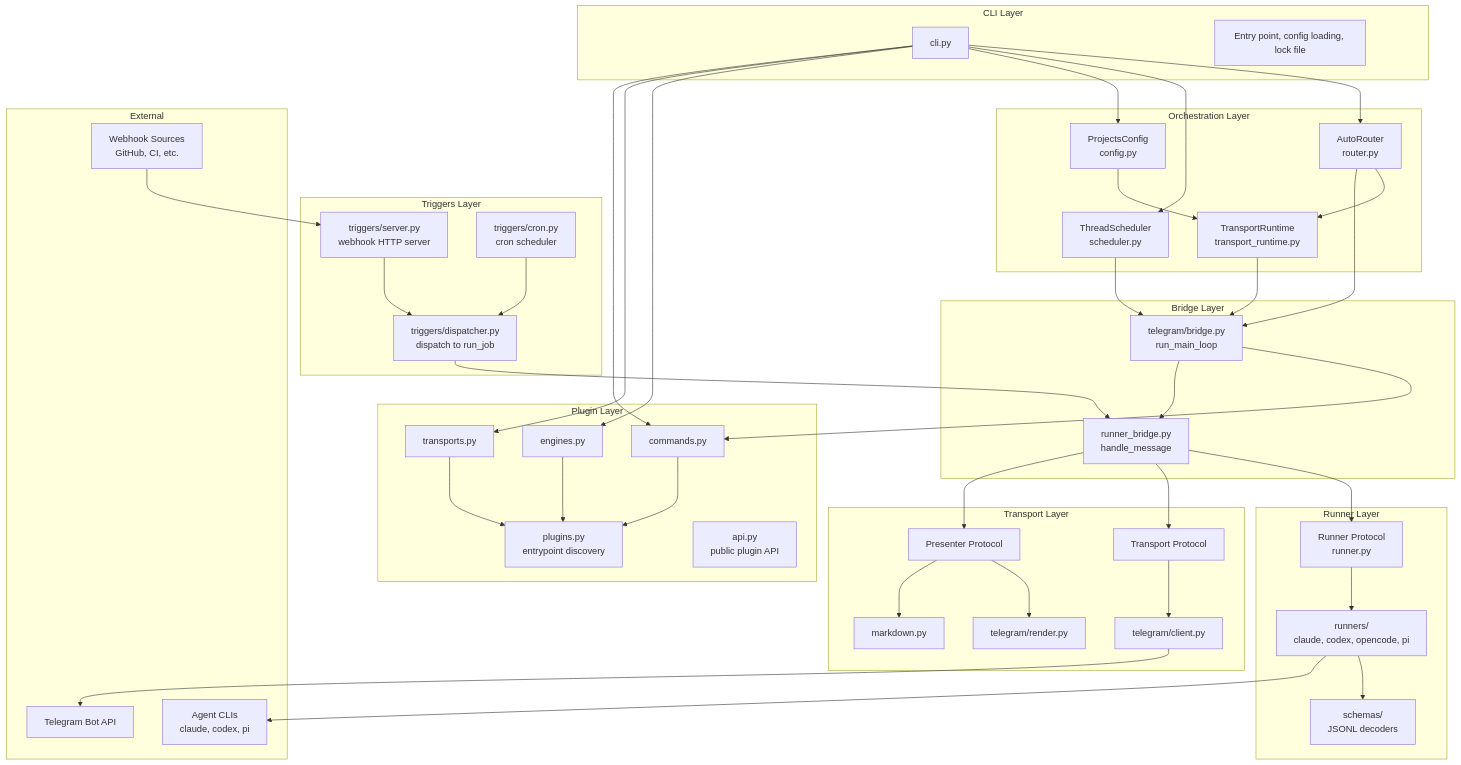
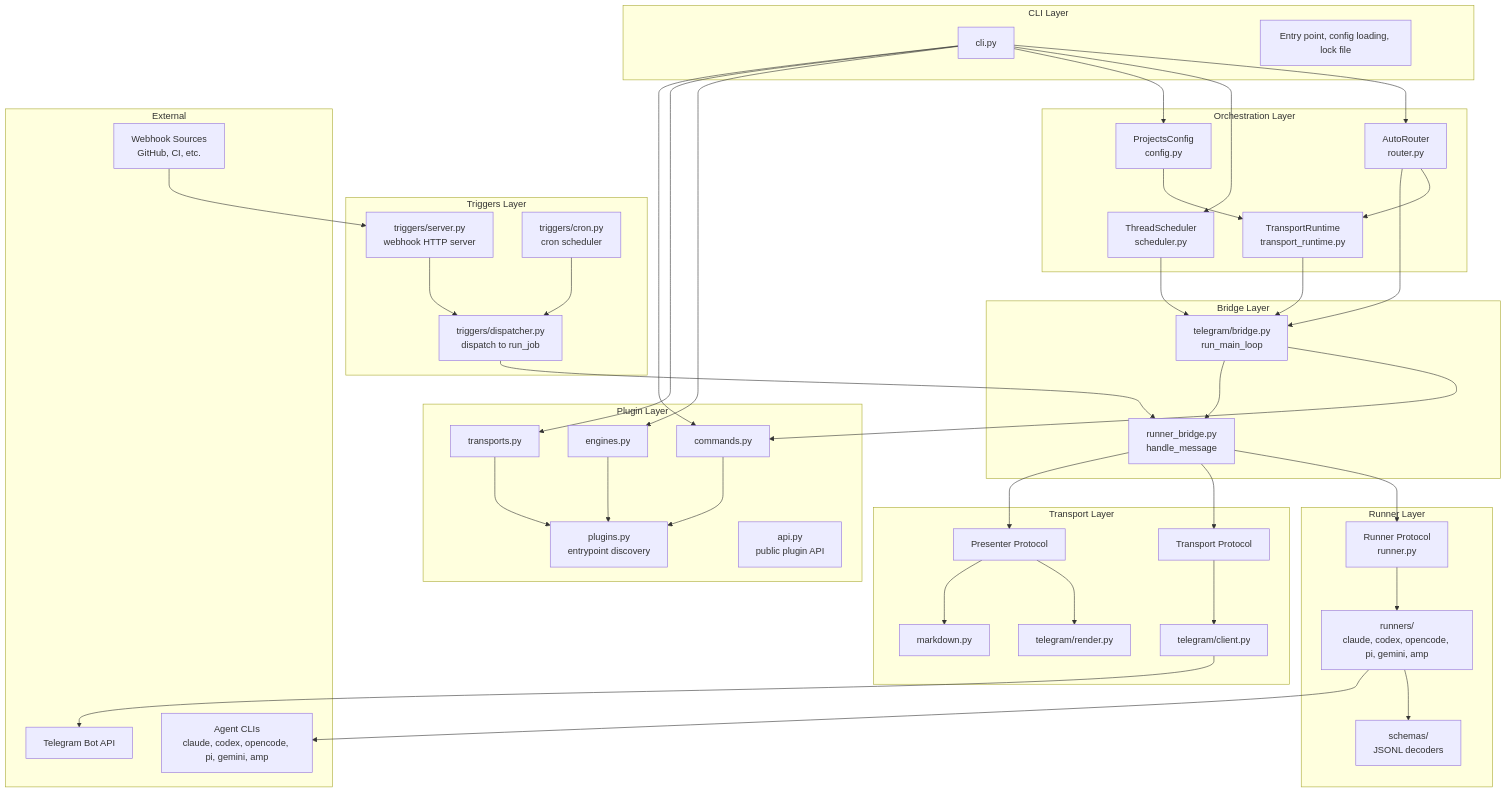
The first of 8 diagrams in docs/explanation/architecture.md (awishnap/untether), drawn with Mermaid before and after one commit. The commit also changed 176 other files, not shown here.

```diff
--- a/docs/explanation/architecture.md
+++ b/docs/explanation/architecture.md
@@ -31,7 +31,7 @@
 
     subgraph Runner["Runner Layer"]
         runner_proto[Runner Protocol<br/>runner.py]
-        runners[runners/<br/>claude, codex, opencode, pi]
+        runners[runners/<br/>claude, codex, opencode, pi, gemini, amp]
         schemas[schemas/<br/>JSONL decoders]
     end
 
@@ -50,7 +50,7 @@
     end
 
     subgraph External["External"]
-        agent_clis[Agent CLIs<br/>claude, codex, pi]
+        agent_clis[Agent CLIs<br/>claude, codex, opencode, pi, gemini, amp]
         telegram_api[Telegram Bot API]
         webhook_sources[Webhook Sources<br/>GitHub, CI, etc.]
     end
```
